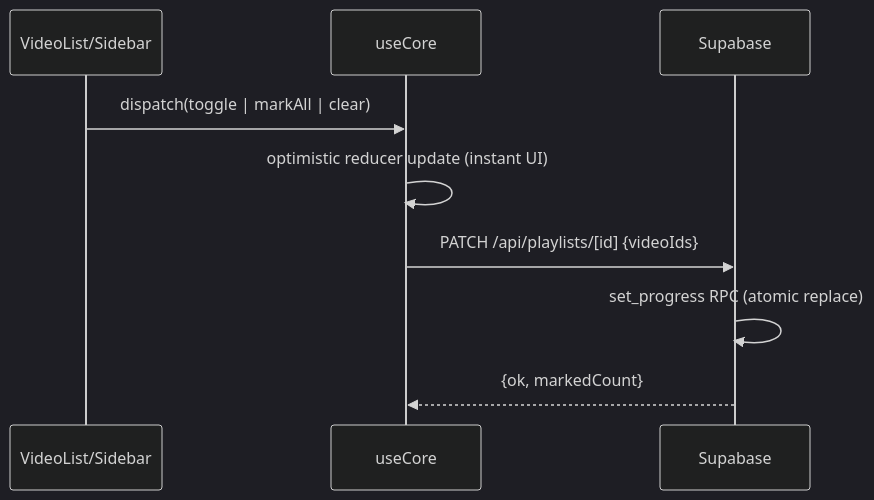
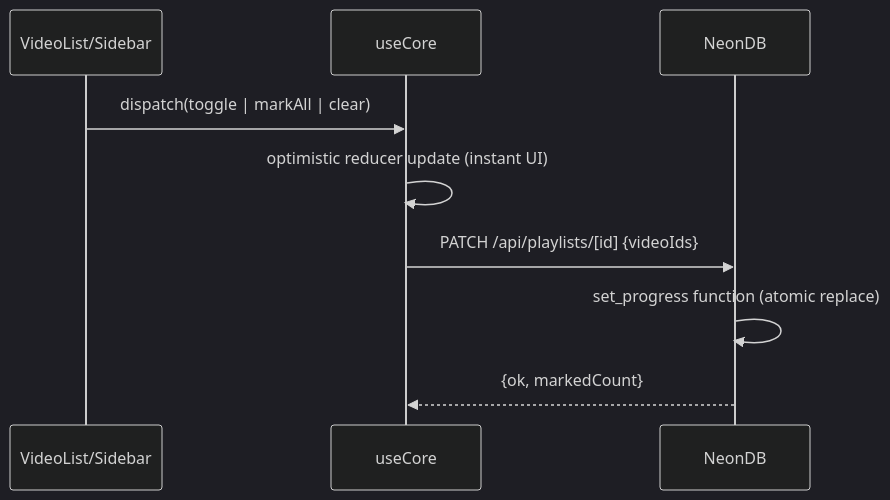
One commit to Sayantan-B-dev/Ex_TrackTube changed the fourth of 5 diagrams in docs/hld.md. Above: the diagram before and after it, drawn with Mermaid (dark theme). The commit also changed other lines of this file and 6 other files, not shown here.

First line of the commit message:
docs: update all documentation to reference NeonDB instead of Supabase

````diff
--- a/docs/hld.md
+++ b/docs/hld.md
@@ -87,12 +85,12 @@
 ```mermaid
 sequenceDiagram
     participant V as VideoList/Sidebar
     participant C as useCore
-    participant S as Supabase
+    participant S as NeonDB
 
     V->>C: dispatch(toggle | markAll | clear)
     C->>C: optimistic reducer update (instant UI)
     C->>S: PATCH /api/playlists/[id] {videoIds}
-    S->>S: set_progress RPC (atomic replace)
+    S->>S: set_progress function (atomic replace)
     S-->>C: {ok, markedCount}
 ```
````
